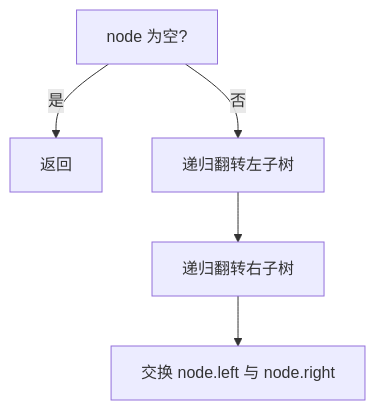
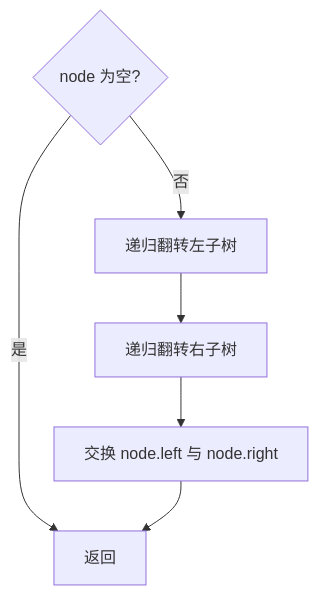
The first of 2 diagrams in 09-二叉树/0226-翻转二叉树.md (OctalZero/hot100-py), drawn with Mermaid before and after one commit. The commit also changed other lines of this file and 117 other files, not shown here.

First line of the commit message:
feat: 全题解配图升级为「动画式 mermaid」（总览骨架 + 横向时间线逐步推演）

````diff
--- a/09-二叉树/0226-翻转二叉树.md
+++ b/09-二叉树/0226-翻转二叉树.md
@@ -19,7 +19,8 @@
 ```mermaid
 flowchart TD
-    A["node 为空?"] -- "是" --> R["返回"]
-    A -- "否" --> B["递归翻转左子树"]
+    A{"node 为空?"} -->|"是"| R["返回"]
+    A -->|"否"| B["递归翻转左子树"]
     B --> C["递归翻转右子树"]
     C --> D["交换 node.left 与 node.right"]
+    D --> R
 ```
````
